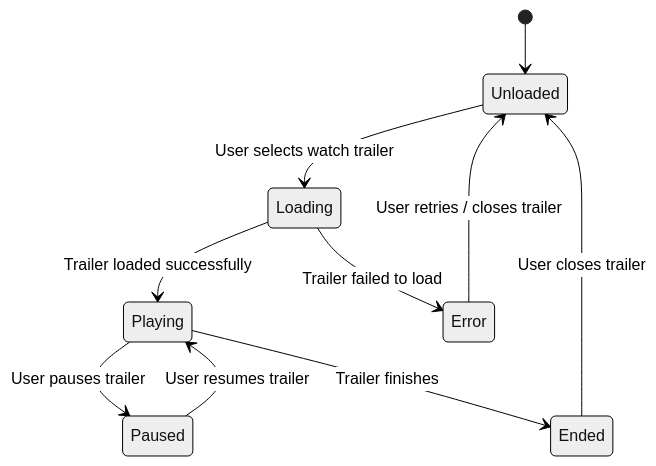
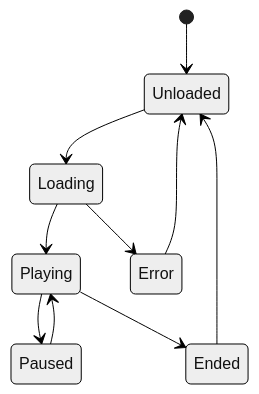
One commit to ThaakirahA/movie-rental-system changed the eighth of 8 diagrams in STATE_TRANSITION_DIAGRAMS.md. Above: the diagram before and after it, drawn with Mermaid (neutral theme). The commit also changed other lines of this file, not shown here.

Commit message:
Refactor state transition diagrams for clarity

````diff
--- a/STATE_TRANSITION_DIAGRAMS.md
+++ b/STATE_TRANSITION_DIAGRAMS.md
@@ -117,12 +124,12 @@
 ```mermaid
 stateDiagram-v2
     [*] --> Unloaded
-    Unloaded --> Loading : User selects watch trailer
-    Loading --> Playing : Trailer loaded successfully
-    Loading --> Error : Trailer failed to load
-    Playing --> Paused : User pauses trailer
-    Paused --> Playing : User resumes trailer
-    Playing --> Ended : Trailer finishes
-    Ended --> Unloaded : User closes trailer
-    Error --> Unloaded : User retries / closes trailer
+    Unloaded --> Loading
+    Loading --> Playing
+    Loading --> Error
+    Playing --> Paused
+    Paused --> Playing
+    Playing --> Ended
+    Ended --> Unloaded
+    Error --> Unloaded
 ```
````
